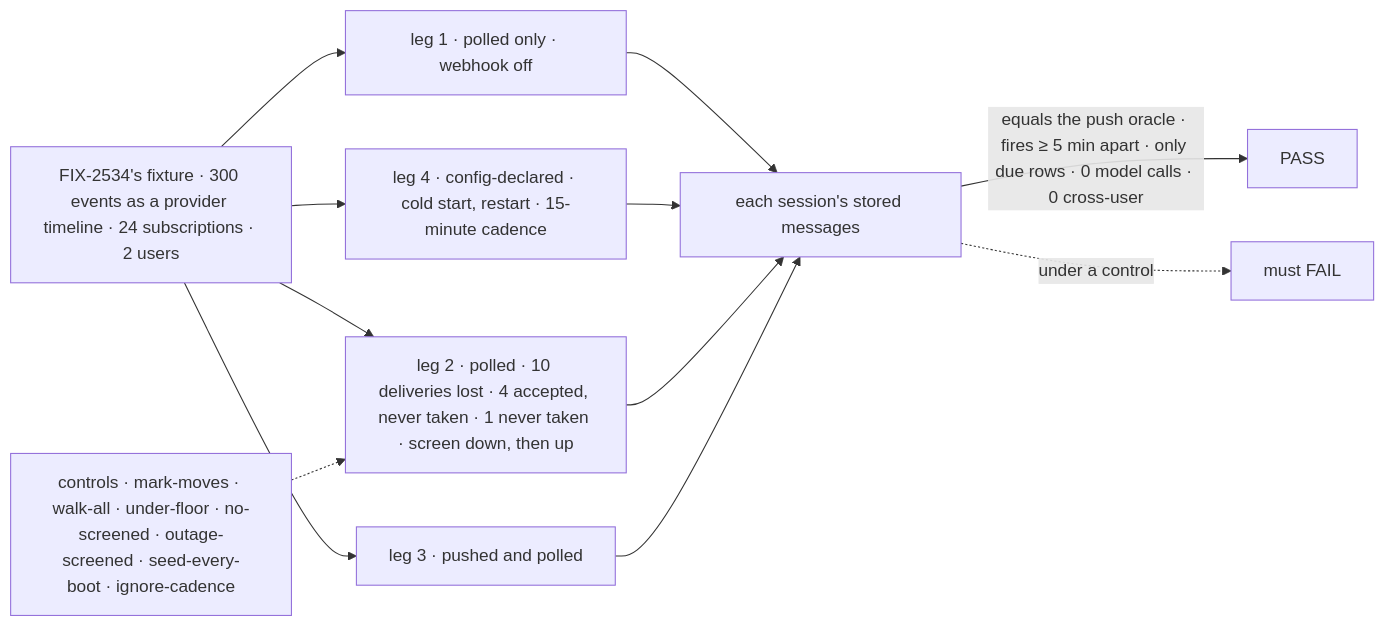
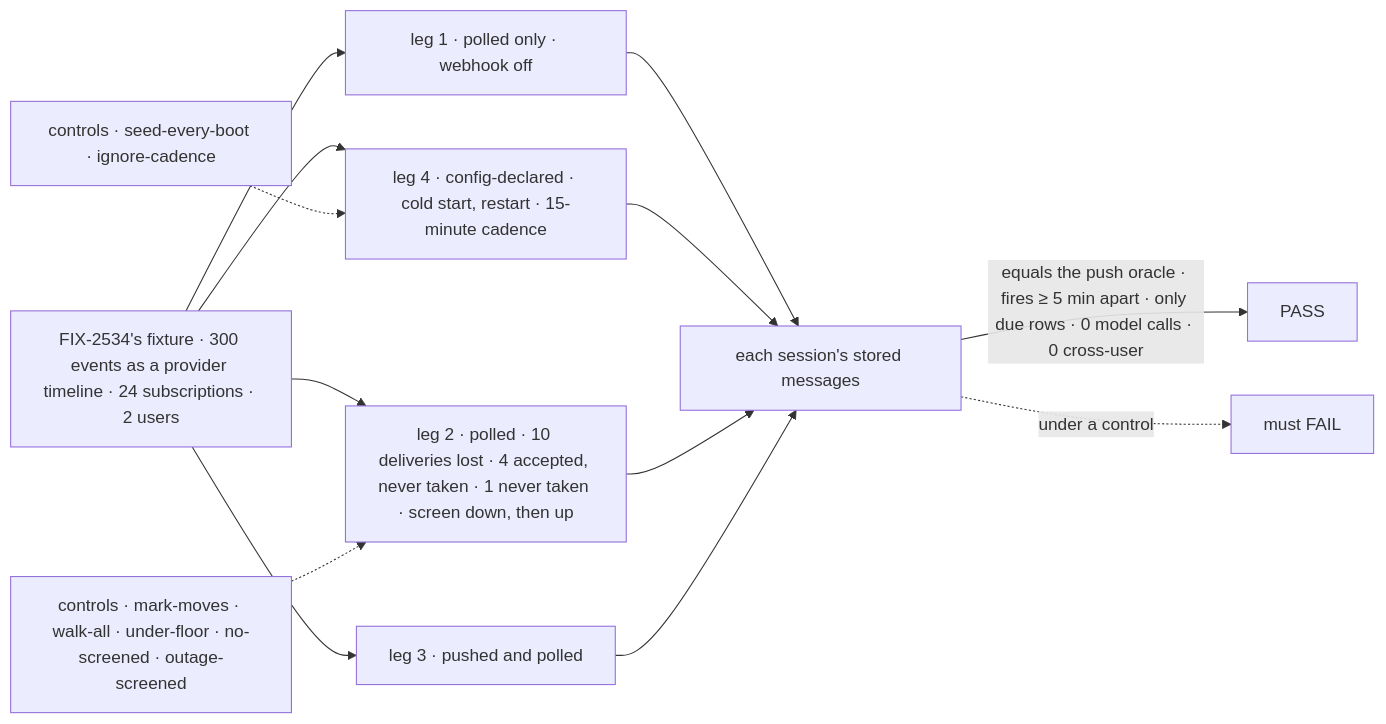
Before and after one commit to fixpoint-labs/flow-state-dev: the first of 2 diagrams in specs/issues/FIX-2536/SPEC.md, drawn with Mermaid. The commit also changed 1 other file, not shown here.

Commit message:
spec(FIX-2536): D3 writes go through subscribe/unsubscribe; wire leg-4 controls
The config seed calls subscribe's write and a removed entry ends through
unsubscribe's write (reason config_removed), so epic ER-5's two writers
hold. The seed-every-boot and ignore-cadence controls now target leg 4,
where signals (j) and (k) occur. Addresses two Gitar findings.

Claude-Session: https://claude.ai/code/session_011UNkLCu6oJQTwXniBsxGUR

````diff
--- a/specs/issues/FIX-2536/SPEC.md
+++ b/specs/issues/FIX-2536/SPEC.md
@@ -33,14 +33,15 @@
 ```mermaid
 flowchart LR
   F["FIX-2534's fixture · 300 events as a provider timeline · 24 subscriptions · 2 users"] --> P1["leg 1 · polled only · webhook off"]
   F --> P2["leg 2 · polled · 10 deliveries lost · 4 accepted, never taken · 1 never taken · screen down, then up"]
   F --> P3["leg 3 · pushed and polled"]
   F --> P4["leg 4 · config-declared · cold start, restart · 15-minute cadence"]
   P1 --> S
   P4 --> S["each session's stored messages"]
   P2 --> S
   P3 --> S
   S -->|"equals the push oracle · fires ≥ 5 min apart · only due rows · 0 model calls · 0 cross-user"| OK["PASS"]
-  C["controls · mark-moves · walk-all · under-floor · no-screened · outage-screened · seed-every-boot · ignore-cadence"] -.-> P2
+  C["controls · mark-moves · walk-all · under-floor · no-screened · outage-screened"] -.-> P2
+  C4["controls · seed-every-boot · ignore-cadence"] -.-> P4
   S -.->|"under a control"| X["must FAIL"]
 ```
````
